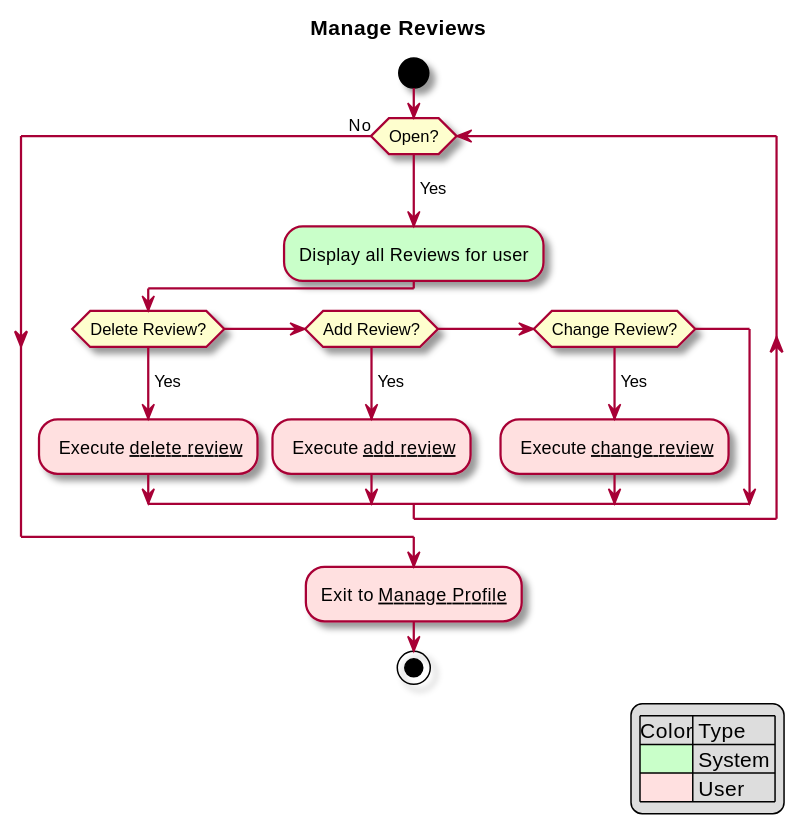
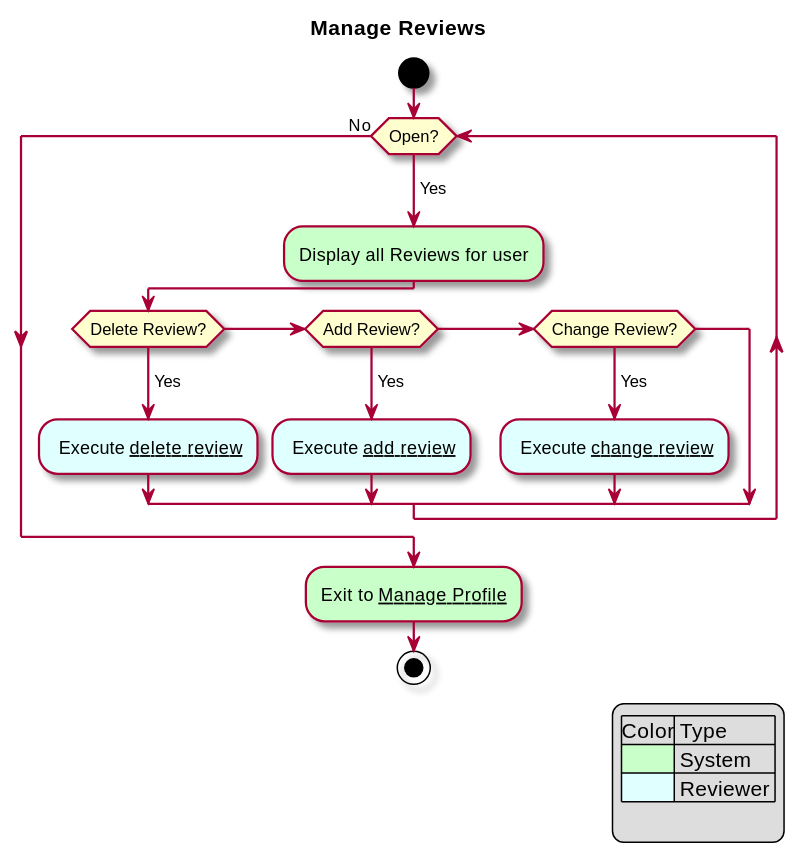
The diagram in intellij/doc/use-cases/manage-reviews.md (sashap100/Vassar-Dining-App), drawn with PlantUML before and after one commit. The commit also changed 6 other files, not shown here.

````diff
--- a/intellij/doc/use-cases/manage-reviews.md
+++ b/intellij/doc/use-cases/manage-reviews.md
@@ -24,25 +24,26 @@
 ```plantuml
 @startuml
 
 skin rose
 title Manage Reviews
 legend right
     |Color| Type |
     |<#technology>| System |
-    |<#implementation>| User |
+    |<#LightCyan>| Reviewer |
+    
 endlegend
 start
 while (Open?) is (\nYes)
 #technology:Display all Reviews for user;
 If (Delete Review?) then (\nYes)
-    #implementation: Execute __delete review__;
+    #LightCyan: Execute __delete review__;
 elseif (Add Review?) then (\nYes)
-     #implementation: Execute __add review__;
+     #LightCyan: Execute __add review__;
 elseif (Change Review?) then (\nYes)
-     #implementation: Execute __change review__;
+     #LightCyan: Execute __change review__;
 endif
 endwhile (No)
-#implementation:Exit to __Manage Profile__;
+#technology:Exit to __Manage Profile__;
 stop
 @enduml
 ```
````
